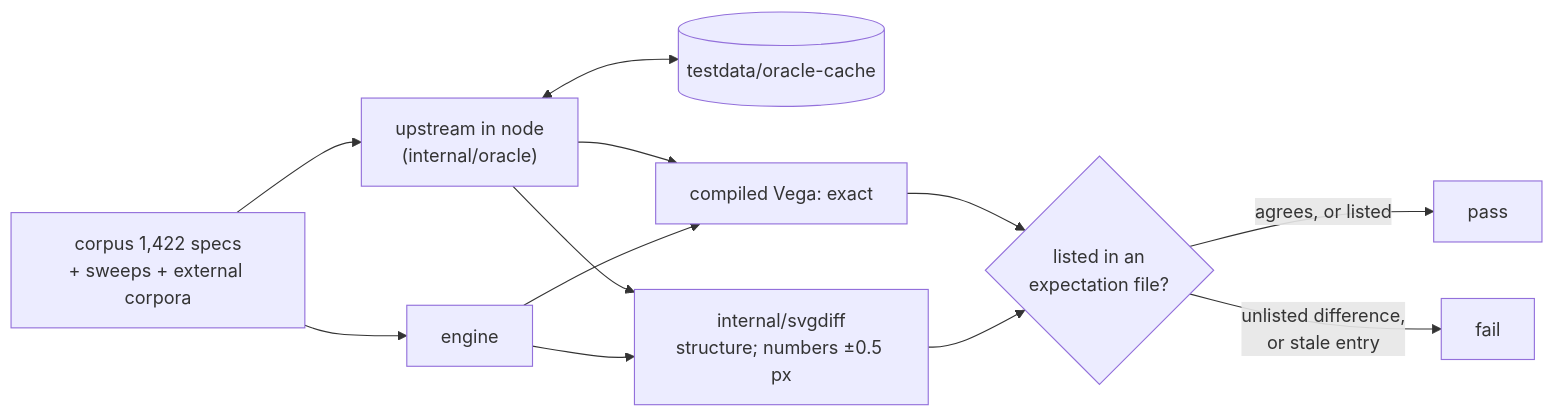
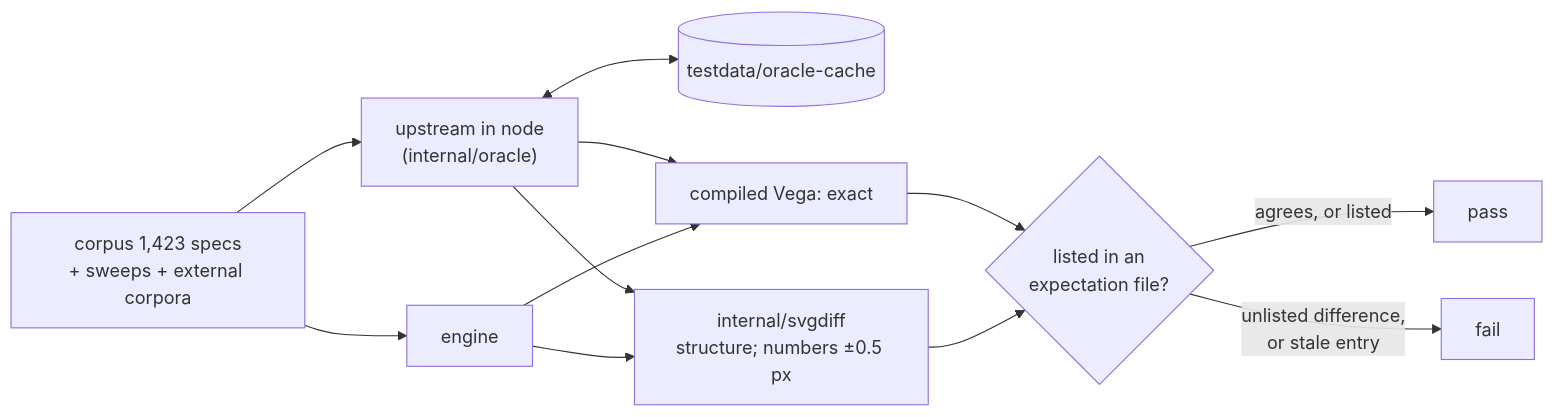
The diagram in docs/testing.md (mgilbir/aster), drawn with Mermaid before and after one commit. The commit also changed other lines of this file and 7 other files, not shown here.

````diff
--- a/docs/testing.md
+++ b/docs/testing.md
@@ -19,14 +19,14 @@
 ```mermaid
 flowchart LR
-  C["corpus 1,422 specs<br/>+ sweeps + external corpora"] --> E["engine"]
+  C["corpus 1,423 specs<br/>+ sweeps + external corpora"] --> E["engine"]
   C --> N["upstream in node<br/>(internal/oracle)"]
   N <--> K[("testdata/oracle-cache")]
   E --> D["internal/svgdiff<br/>structure; numbers ±0.5 px"]
   N --> D
   E --> J["compiled Vega: exact"]
   N --> J
   D --> X{"listed in an<br/>expectation file?"}
   J --> X
   X -->|"agrees, or listed"| P["pass"]
   X -->|"unlisted difference,<br/>or stale entry"| F["fail"]
 ```
````
